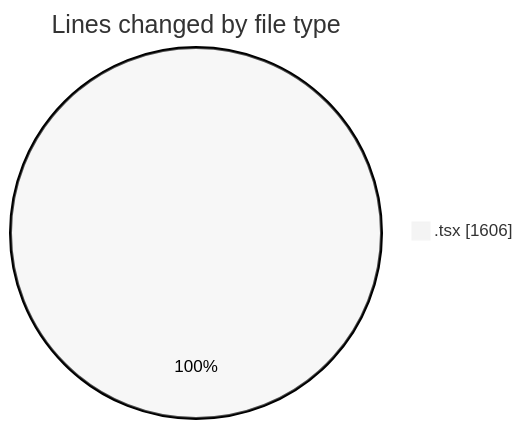
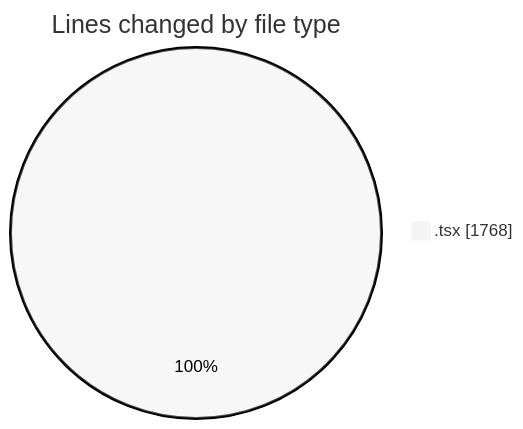
The first of 2 diagrams in 2025-05-29/kimberly-groups/README.md (JenPaints/code-tracking), drawn with Mermaid (neutral theme) before and after one commit. The commit also changed other lines of this file and 1 other file, not shown here.

````diff
--- a/2025-05-29/kimberly-groups/README.md
+++ b/2025-05-29/kimberly-groups/README.md
@@ -24,5 +24,5 @@
 ```mermaid
 pie showData
 title Lines changed by file type
-".tsx" : 1606
+".tsx" : 1768
 ```
````
